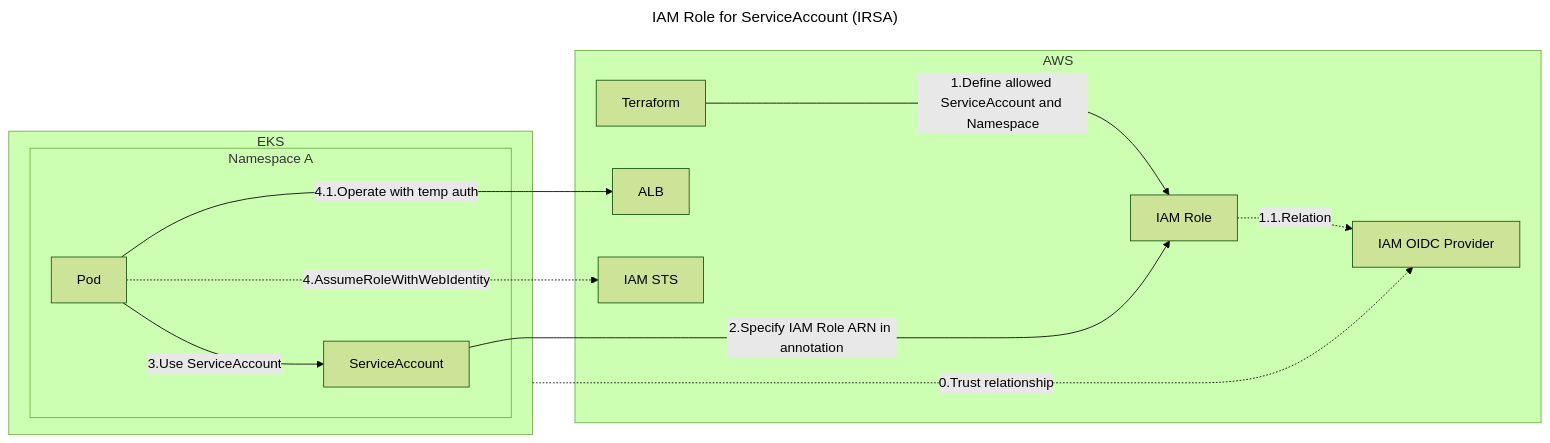
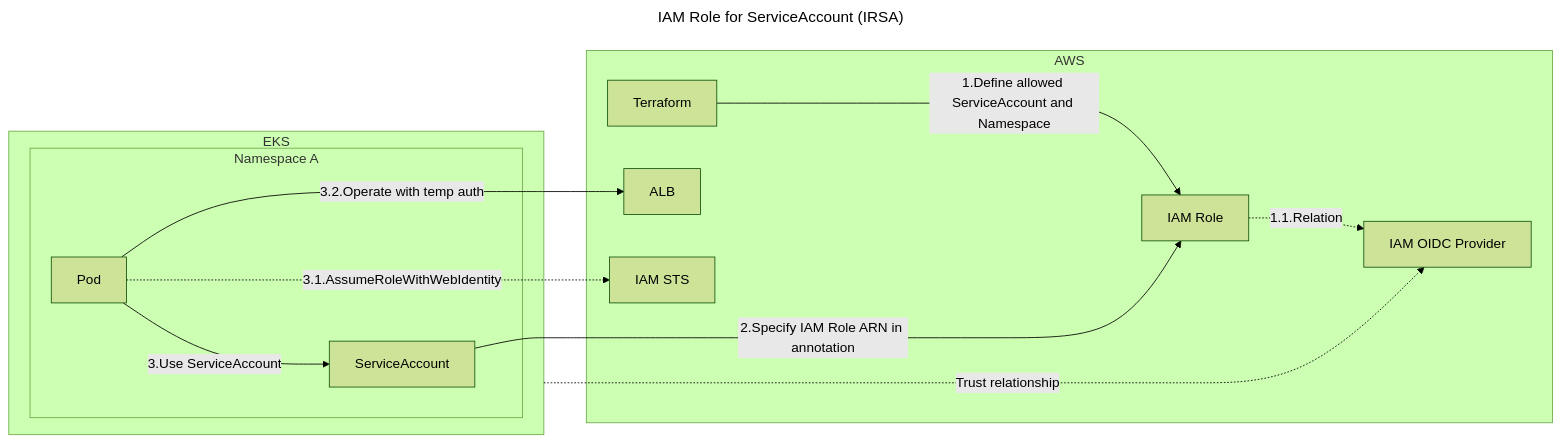
Before and after one commit to guitarrapc/kubernetes-lab: the second of 2 diagrams in README.md, drawn with Mermaid (forest theme). The commit also changed other lines of this file, not shown here.

Commit message:
doc: split Trust Relation to earlier step

````diff
--- a/README.md
+++ b/README.md
@@ -64,27 +66,27 @@
 ```mermaid
 ---
 title: IAM Role for ServiceAccount (IRSA)
 ---
 flowchart LR
 subgraph AWS
   Terraform
   IAMRole["IAM Role"]
   IAMOIDC["IAM OIDC Provider"]
   ALB
   IAMSTS["IAM STS"]
 end
 subgraph EKS
   subgraph "Namespace A"
     ServiceAccount
     Pod
   end
 end
 
-EKS -."0.Trust relationship"....-> IAMOIDC
+EKS -."Trust relationship"....-> IAMOIDC
 Terraform --"1.Define allowed ServiceAccount and Namespace"---> IAMRole
 IAMRole -."1.1.Relation".-> IAMOIDC
 ServiceAccount --"2.Specify IAM Role ARN in annotation"--> IAMRole
 Pod --"3.Use ServiceAccount"--> ServiceAccount
-Pod -."4.AssumeRoleWithWebIdentity"..-> IAMSTS
-Pod --"4.1.Operate with temp auth"---> ALB
+Pod -."3.1.AssumeRoleWithWebIdentity"..-> IAMSTS
+Pod --"3.2.Operate with temp auth"---> ALB
 ```
````
